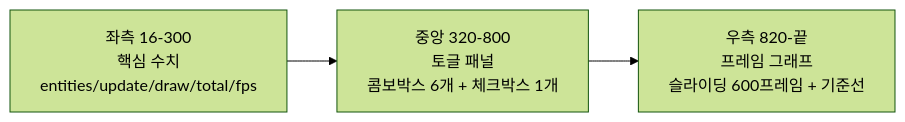
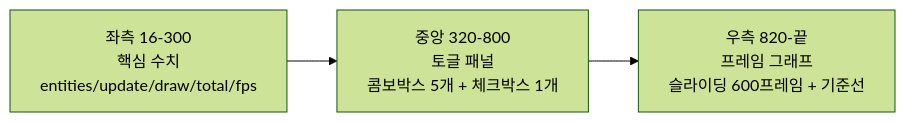
Before and after one commit to Rein-ArXiv/game-dev-curriculum: the diagram in projects/mini/parts_perf_lab/articles/step02_toggles.md, drawn with Mermaid (forest theme). The commit also changed other lines of this file and 23 other files, not shown here.

````diff
--- a/projects/mini/parts_perf_lab/articles/step02_toggles.md
+++ b/projects/mini/parts_perf_lab/articles/step02_toggles.md
@@ -178,5 +178,5 @@
 ```mermaid
 flowchart LR
-    L[좌측 16-300<br/>핵심 수치<br/>entities/update/draw/total/fps] --> M[중앙 320-800<br/>토글 패널<br/>콤보박스 6개 + 체크박스 1개]
+    L[좌측 16-300<br/>핵심 수치<br/>entities/update/draw/total/fps] --> M[중앙 320-800<br/>토글 패널<br/>콤보박스 5개 + 체크박스 1개]
     M --> R[우측 820-끝<br/>프레임 그래프<br/>슬라이딩 600프레임 + 기준선]
 ```
````
